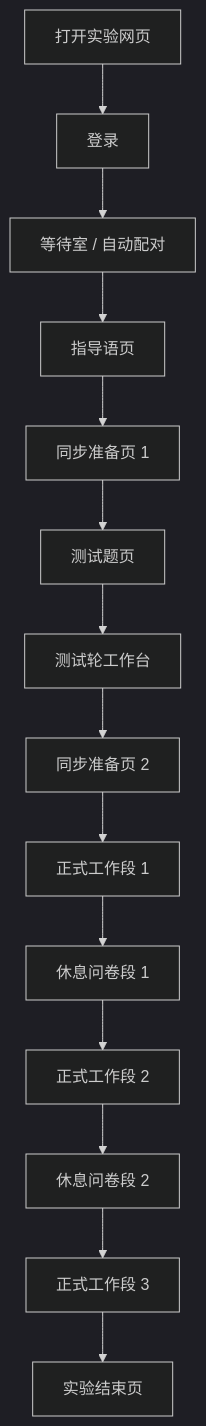
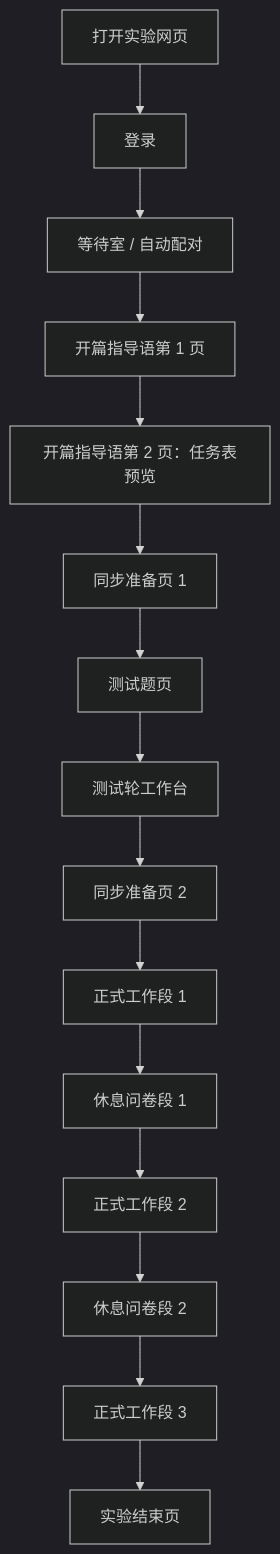
One commit to yezhouyedu/multicooperation changed the first of 4 diagrams in 02_specs/00_overview/APP_FLOW.md. Above: the diagram before and after it, drawn with Mermaid (dark theme). The commit also changed other lines of this file and 3 other files, not shown here.

````diff
--- a/02_specs/00_overview/APP_FLOW.md
+++ b/02_specs/00_overview/APP_FLOW.md
@@ -14,16 +14,17 @@
 ```mermaid
 flowchart TD
     Start["打开实验网页"] --> Login["登录"]
     Login --> Waiting["等待室 / 自动配对"]
-    Waiting --> Instruction["指导语页"]
-    Instruction --> ReadyPractice["同步准备页 1"]
+    Waiting --> Instruction["开篇指导语第 1 页"]
+    Instruction --> TaskPreview["开篇指导语第 2 页：任务表预览"]
+    TaskPreview --> ReadyPractice["同步准备页 1"]
     ReadyPractice --> PracticeQuiz["测试题页"]
     PracticeQuiz --> Practice["测试轮工作台"]
     Practice --> ReadyFormal["同步准备页 2"]
     ReadyFormal --> Work1["正式工作段 1"]
     Work1 --> Break1["休息问卷段 1"]
     Break1 --> Work2["正式工作段 2"]
     Work2 --> Break2["休息问卷段 2"]
     Break2 --> Work3["正式工作段 3"]
     Work3 --> End["实验结束页"]
 ```
````
